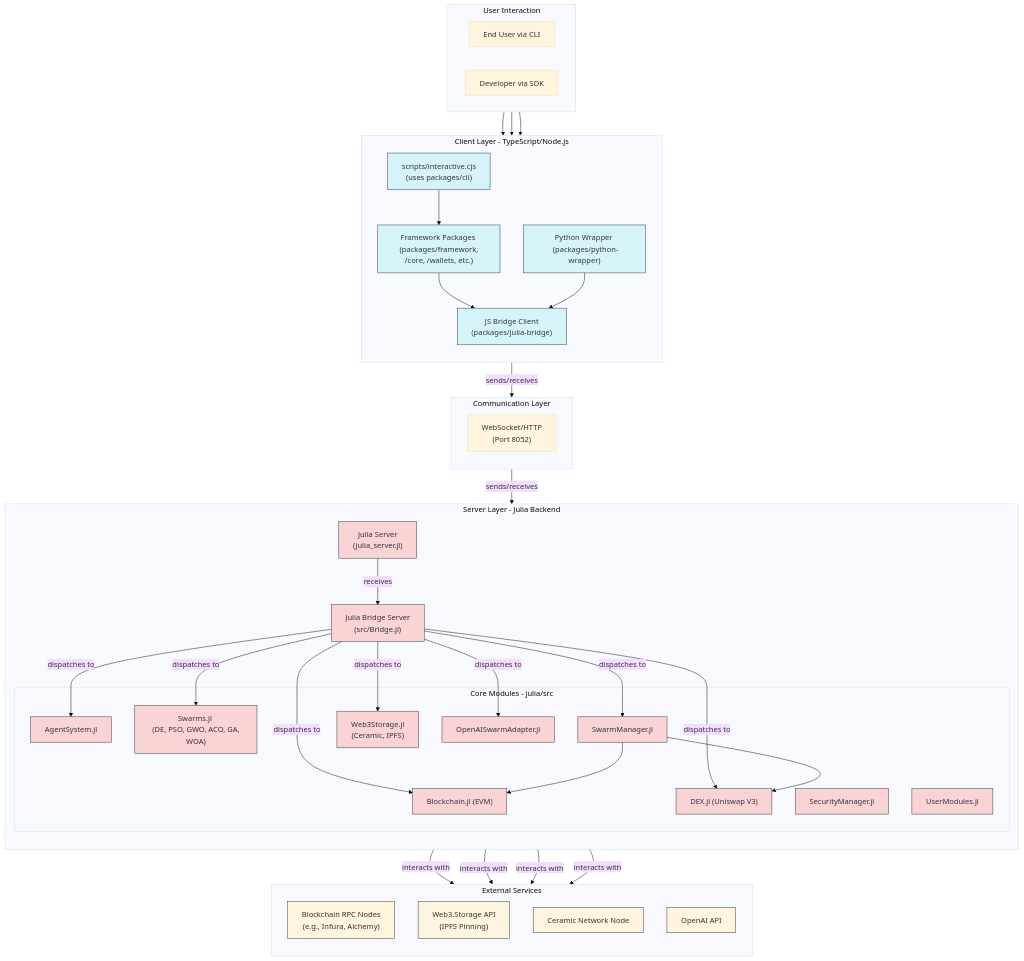
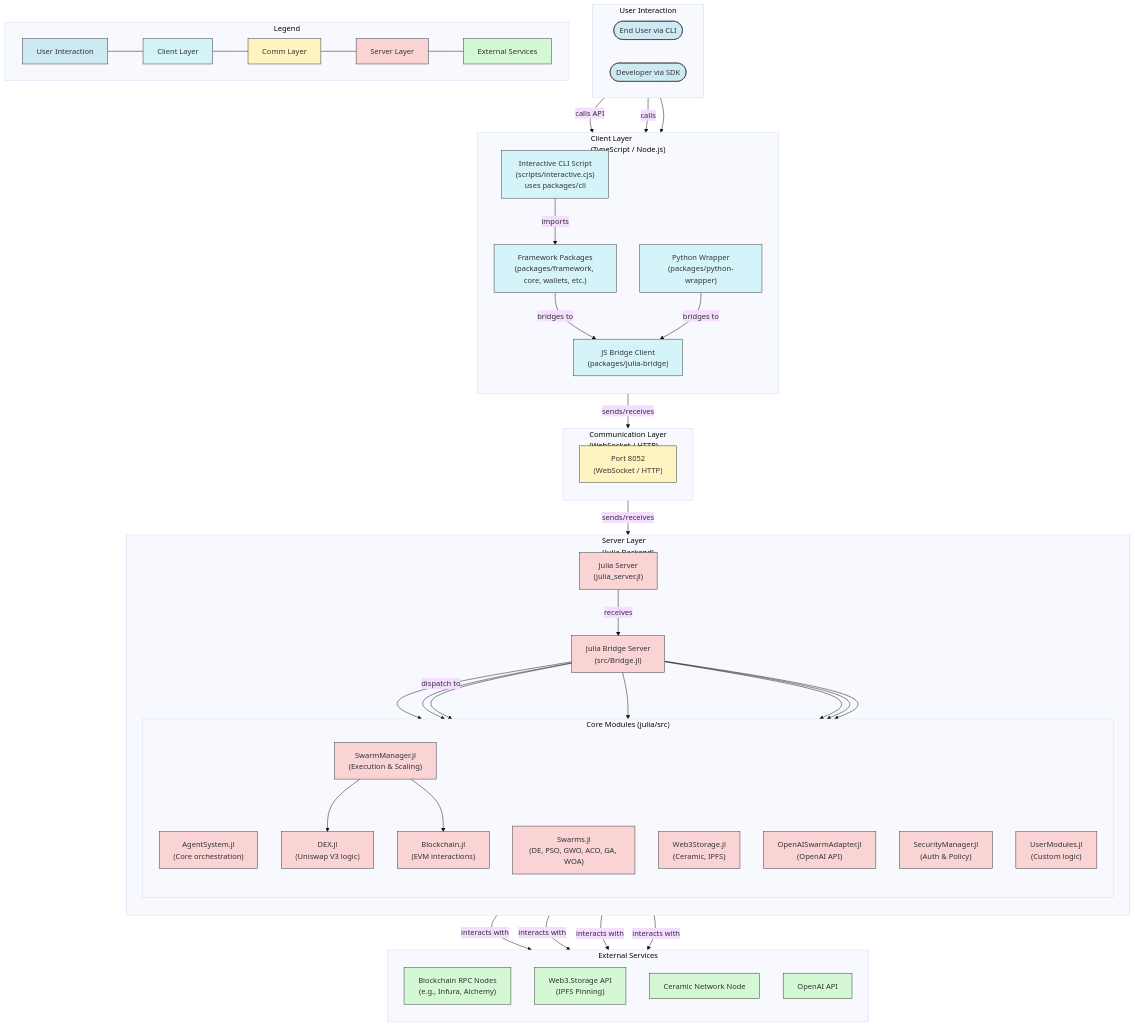
The diagram in README.md (hellogreencow/JuliaOS), drawn with Mermaid (base theme) before and after one commit.

Commit message:
Testing updated readme.md mermaid diagram

````diff
--- a/README.md
+++ b/README.md
@@ -1547,81 +1547,101 @@
 ```mermaid
-graph TD
-    subgraph User Interaction
+%% Enhanced System Architecture Diagram with clearer definitions, grouping, and legend
+flowchart TD
+    %% User Interaction Layer
+    subgraph "User Interaction"
         direction LR
-        UserCLI[End User via CLI]
-        UserSDK[Developer via SDK]
+        U1([End User via CLI])
+        U2([Developer via SDK])
     end
 
-    subgraph Client Layer - TypeScript/Node.js
+    %% Client Layer - TypeScript/Node.js
+    subgraph "Client Layer \n(TypeScript / Node.js)"
         direction TB
-        CLI["scripts/interactive.cjs <br> (uses packages/cli)"]
-        Framework["Framework Packages <br> (packages/framework, /core, /wallets, etc.)"]
-        PyWrapper["Python Wrapper <br> (packages/python-wrapper)"]
-        JSBridge["JS Bridge Client <br> (packages/julia-bridge)"]
+        CLI["Interactive CLI Script\n(scripts/interactive.cjs)\nuses packages/cli"]
+        Framework["Framework Packages\n(packages/framework, core, wallets, etc.)"]
+        PyWrapper["Python Wrapper\n(packages/python-wrapper)"]
+        JSBridge["JS Bridge Client\n(packages/julia-bridge)"]
 
-        CLI --> Framework
-        UserSDK --> Framework
-        UserSDK --> PyWrapper
-        Framework --> JSBridge
-        PyWrapper --> JSBridge
+        CLI -->|"imports"| Framework
+        U2 -->|"calls API"| Framework
+        U2 -->|"calls"| PyWrapper
+        Framework -->|"bridges to"| JSBridge
+        PyWrapper -->|"bridges to"| JSBridge
     end
 
-    subgraph Communication Layer
+    %% Communication Layer
+    subgraph "Communication Layer\n(WebSocket / HTTP)"
         direction TB
-        BridgeComms["WebSocket/HTTP <br> (Port 8052)"]
+        BridgeComms["Port 8052\n(WebSocket / HTTP)"]
     end
 
-    subgraph Server Layer - Julia Backend
+    %% Server Layer - Julia Backend
+    subgraph "Server Layer \n(Julia Backend)"
         direction TB
-        JuliaServer["Julia Server <br> (julia_server.jl)"]
-        JuliaBridge["Julia Bridge Server <br> (src/Bridge.jl)"]
+        JuliaServer["Julia Server\n(julia_server.jl)"]
+        JuliaBridge["Julia Bridge Server\n(src/Bridge.jl)"]
 
-        subgraph Core Modules - julia/src
-            AgentSys["AgentSystem.jl"]
-            Swarms["Swarms.jl <br> (DE, PSO, GWO, ACO, GA, WOA)"]
-            SwarmMgr["SwarmManager.jl"]
-            Blockchain["Blockchain.jl (EVM)"]
-            DEX["DEX.jl (Uniswap V3)"]
-            Web3Store["Web3Storage.jl <br> (Ceramic, IPFS)"]
-            OpenAIAdapter["OpenAISwarmAdapter.jl"]
-            SecurityMgr["SecurityManager.jl"]
-            UserModules["UserModules.jl"]
+        subgraph "Core Modules (julia/src)"
+            direction TB
+            AS["AgentSystem.jl\n(Core orchestration)"]
+            SwarmAlg["Swarms.jl\n(DE, PSO, GWO, ACO, GA, WOA)"]
+            SwarmMgr["SwarmManager.jl\n(Execution & Scaling)"]
+            Blockchain["Blockchain.jl\n(EVM interactions)"]
+            DEX["DEX.jl\n(Uniswap V3 logic)"]
+            Web3Store["Web3Storage.jl\n(Ceramic, IPFS)"]
+            OpenAIAdapter["OpenAISwarmAdapter.jl\n(OpenAI API)"]
+            SecurityMgr["SecurityManager.jl\n(Auth & Policy)"]
+            UserModules["UserModules.jl\n(Custom logic)"]
         end
 
-        JuliaServer -- receives --> JuliaBridge
-        JuliaBridge -- dispatches to --> AgentSys
-        JuliaBridge -- dispatches to --> Swarms
-        JuliaBridge -- dispatches to --> SwarmMgr
-        JuliaBridge -- dispatches to --> Blockchain
-        JuliaBridge -- dispatches to --> DEX
-        JuliaBridge -- dispatches to --> Web3Store
-        JuliaBridge -- dispatches to --> OpenAIAdapter
+        JuliaServer -->|"receives"| JuliaBridge
+        JuliaBridge -->|"dispatch to"| AS
+        JuliaBridge --> SwarmAlg
+        JuliaBridge --> SwarmMgr
+        JuliaBridge --> Blockchain
+        JuliaBridge --> DEX
+        JuliaBridge --> Web3Store
+        JuliaBridge --> OpenAIAdapter
         SwarmMgr --> DEX
         SwarmMgr --> Blockchain
     end
 
-    subgraph External Services
+    %% External Services
+    subgraph "External Services"
         direction TB
-        RPC["Blockchain RPC Nodes <br> (e.g., Infura, Alchemy)"]
-        W3S["Web3.Storage API <br> (IPFS Pinning)"]
+        RPC["Blockchain RPC Nodes\n(e.g., Infura, Alchemy)"]
+        W3S["Web3.Storage API\n(IPFS Pinning)"]
         Ceramic["Ceramic Network Node"]
-        OpenAI["OpenAI API"]
+        OpenAIExt["OpenAI API"]
     end
 
-    UserCLI --> CLI
-
+    %% Connections
+    U1 --> CLI
     JSBridge -- "sends/receives" --> BridgeComms
     BridgeComms -- "sends/receives" --> JuliaServer
-
     Blockchain -- interacts with --> RPC
     Web3Store -- interacts with --> W3S
     Web3Store -- interacts with --> Ceramic
-    OpenAIAdapter -- interacts with --> OpenAI
+    OpenAIAdapter -- interacts with --> OpenAIExt
 
-    classDef client fill:#d4f4fa,stroke:#333,stroke-width:1px;
-    classDef server fill:#fad4d4,stroke:#333,stroke-width:1px;
-    classDef external fill:#lightgrey,stroke:#333,stroke-width:1px;
-    class CLI,Framework,PyWrapper,JSBridge client;
-    class JuliaServer,JuliaBridge,AgentSys,Swarms,SwarmMgr,Blockchain,DEX,Web3Store,OpenAIAdapter,SecurityMgr,UserModules server;
-    class RPC,W3S,Ceramic,OpenAI external;
+    %% Styling
+    classDef userLayer fill:#cdeaf2,stroke:#333,stroke-width:1px;
+    classDef clientLayer fill:#d4f4fa,stroke:#333,stroke-width:1px;
+    classDef commLayer fill:#fef4c1,stroke:#333,stroke-width:1px;
+    classDef serverLayer fill:#fad4d4,stroke:#333,stroke-width:1px;
+    classDef externalLayer fill:#d4f7d4,stroke:#333,stroke-width:1px;
+    class U1,U2 userLayer;
+    class CLI,Framework,PyWrapper,JSBridge clientLayer;
+    class BridgeComms commLayer;
+    class JuliaServer,JuliaBridge,AS,SwarmAlg,SwarmMgr,Blockchain,DEX,Web3Store,OpenAIAdapter,SecurityMgr,UserModules serverLayer;
+    class RPC,W3S,Ceramic,OpenAIExt externalLayer;
+
+    %% Legend
+    subgraph Legend
+      direction LR
+      L1["User Interaction"]:::userLayer --- L2["Client Layer"]:::clientLayer
+      L2 --- L3["Comm Layer"]:::commLayer
+      L3 --- L4["Server Layer"]:::serverLayer
+      L4 --- L5["External Services"]:::externalLayer
+    end
 ```
````
